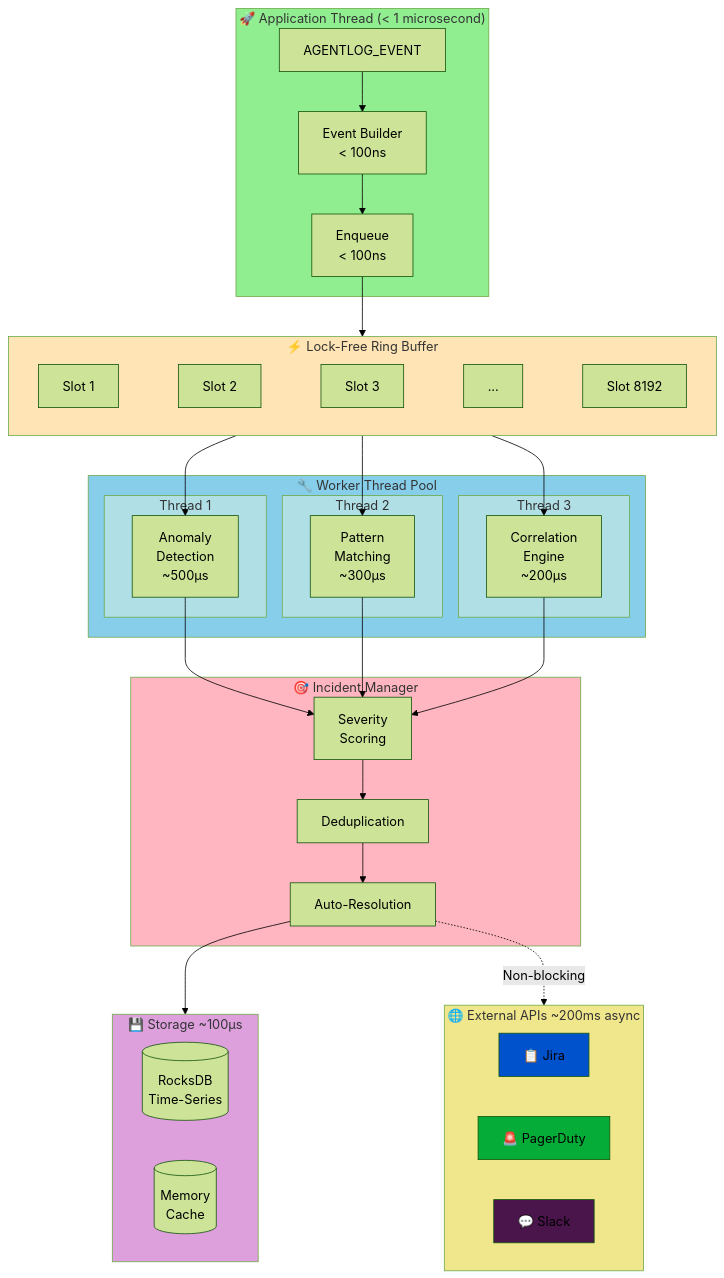
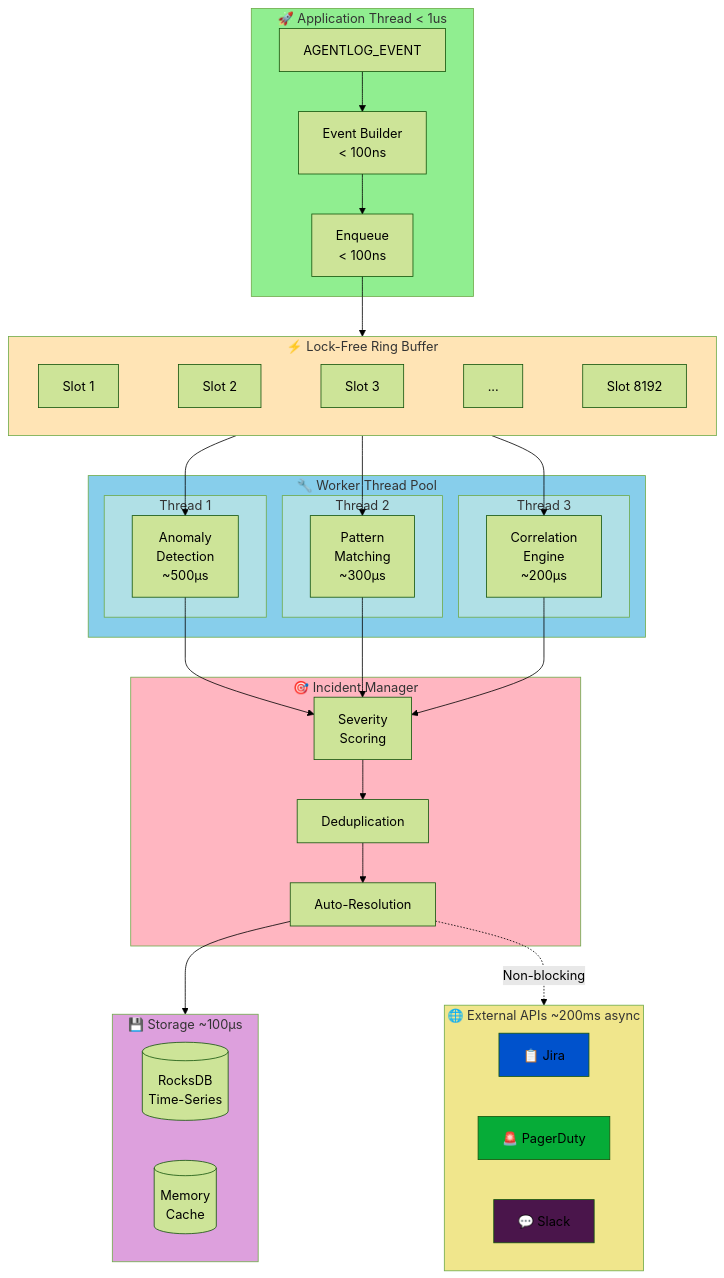
The eighth of 8 diagrams in README.md (ssam18/agentlog), drawn with Mermaid (forest theme) before and after one commit.

Commit message:
Use 'us' notation for microseconds

````diff
--- a/README.md
+++ b/README.md
@@ -826,65 +826,65 @@
 ```mermaid
 graph TB
-    subgraph AppThread["🚀 Application Thread (< 1 microsecond)"]
+    subgraph AppThread["🚀 Application Thread < 1us"]
         A1[AGENTLOG_EVENT] --> A2[Event Builder<br/>< 100ns]
         A2 --> A3[Enqueue<br/>< 100ns]
     end
     
     subgraph Queue["⚡ Lock-Free Ring Buffer"]
         B1[Slot 1]
         B2[Slot 2]
         B3[Slot 3]
         B4[...]
         B5[Slot 8192]
         B1 ~~~ B2 ~~~ B3 ~~~ B4 ~~~ B5
     end
     
     subgraph Workers["🔧 Worker Thread Pool"]
         subgraph T1["Thread 1"]
             C1[Anomaly<br/>Detection<br/>~500μs]
         end
         subgraph T2["Thread 2"]
             C2[Pattern<br/>Matching<br/>~300μs]
         end
         subgraph T3["Thread 3"]
             C3[Correlation<br/>Engine<br/>~200μs]
         end
     end
     
     subgraph Storage["💾 Storage ~100μs"]
         D1[(RocksDB<br/>Time-Series)]
         D2[(Memory<br/>Cache)]
     end
     
     subgraph Manager["🎯 Incident Manager"]
         E1[Severity<br/>Scoring]
         E2[Deduplication]
         E3[Auto-Resolution]
     end
     
     subgraph External["🌐 External APIs ~200ms async"]
         F1[📋 Jira]
         F2[🚨 PagerDuty]
         F3[💬 Slack]
     end
     
     A3 --> Queue
     Queue --> C1 & C2 & C3
     C1 & C2 & C3 --> E1
     E1 --> E2 --> E3
     E3 --> Storage
     E3 -.->|Non-blocking| External
     
     style AppThread fill:#90EE90
     style Queue fill:#FFE4B5
     style Workers fill:#87CEEB
     style T1 fill:#B0E0E6
     style T2 fill:#B0E0E6
     style T3 fill:#B0E0E6
     style Storage fill:#DDA0DD
     style Manager fill:#FFB6C1
     style External fill:#F0E68C
     style F1 fill:#0052CC
     style F2 fill:#06AC38
     style F3 fill:#4A154B
 ```
````
